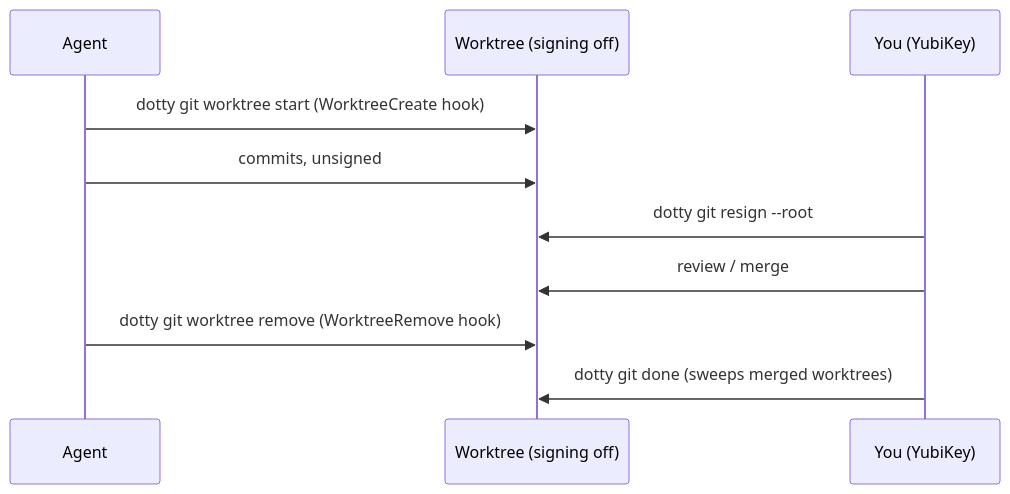
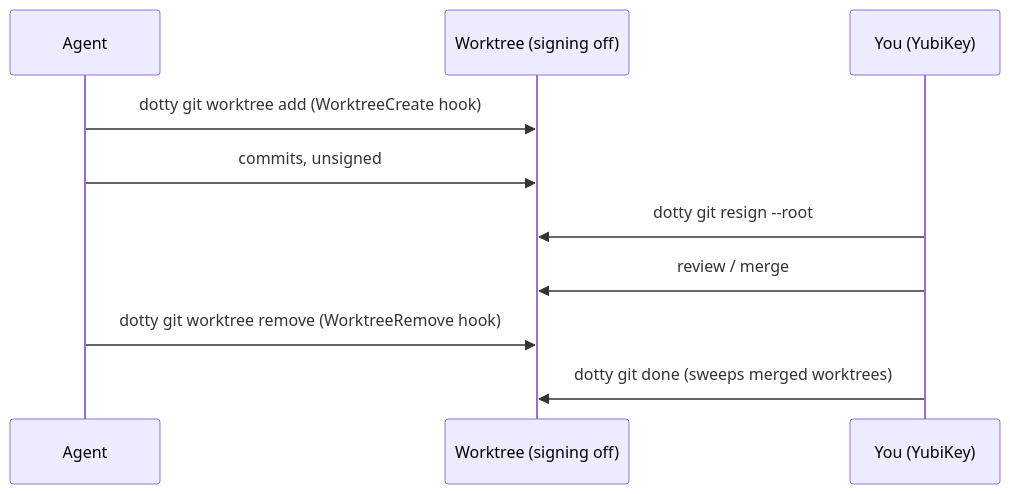
The diagram in docs/guides/worktrees.md (bitwise-media-group/dotty), drawn with Mermaid before and after one commit. The commit also changed other lines of this file and 15 other files, not shown here.

First line of the commit message:
feat(git): rename worktree start to add

````diff
--- a/docs/guides/worktrees.md
+++ b/docs/guides/worktrees.md
@@ -13,12 +13,12 @@
 ```mermaid
 sequenceDiagram
     participant A as Agent
     participant W as Worktree (signing off)
     participant Y as You (YubiKey)
-    A->>W: dotty git worktree start (WorktreeCreate hook)
+    A->>W: dotty git worktree add (WorktreeCreate hook)
     A->>W: commits, unsigned
     Y->>W: dotty git resign --root
     Y->>W: review / merge
     A->>W: dotty git worktree remove (WorktreeRemove hook)
     Y->>W: dotty git done (sweeps merged worktrees)
 ```
````
